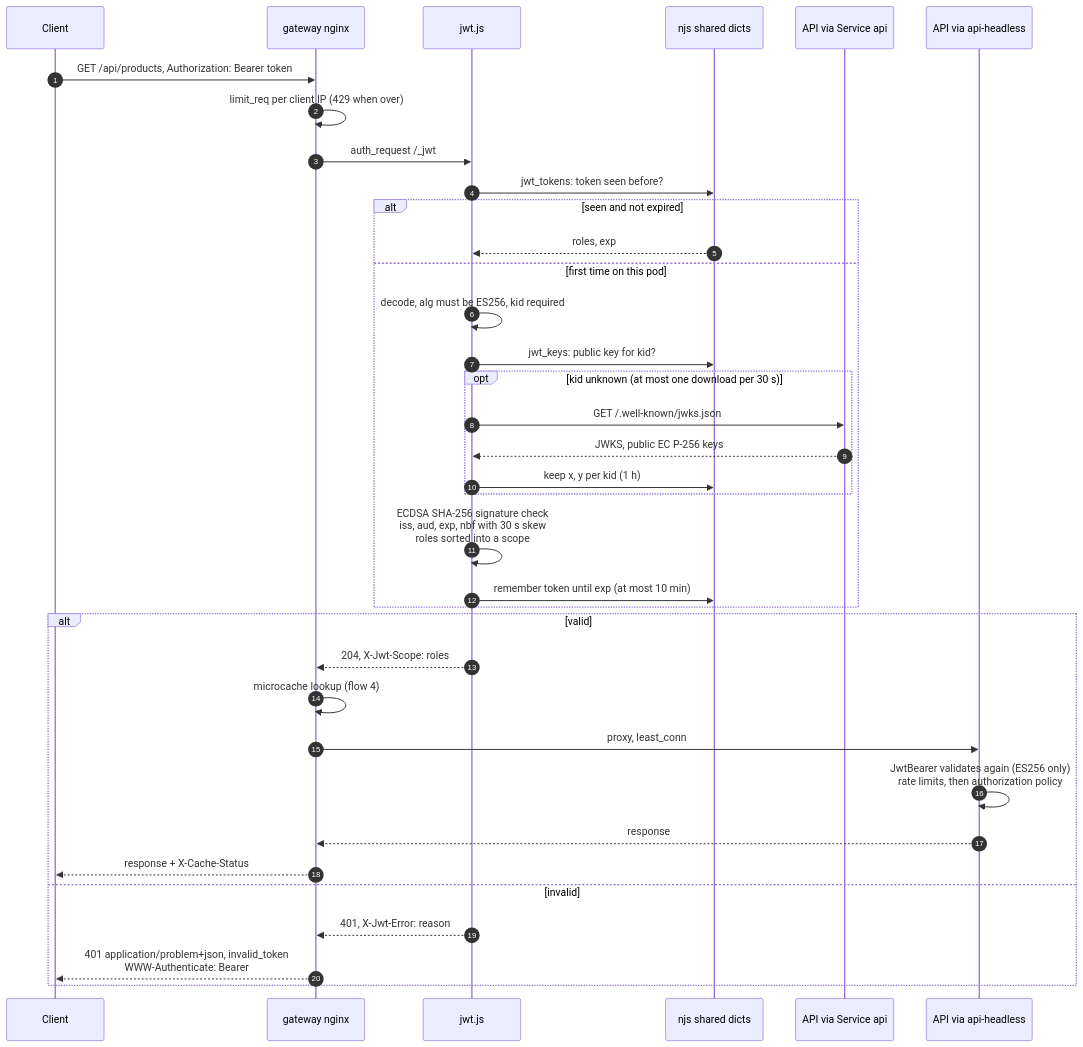
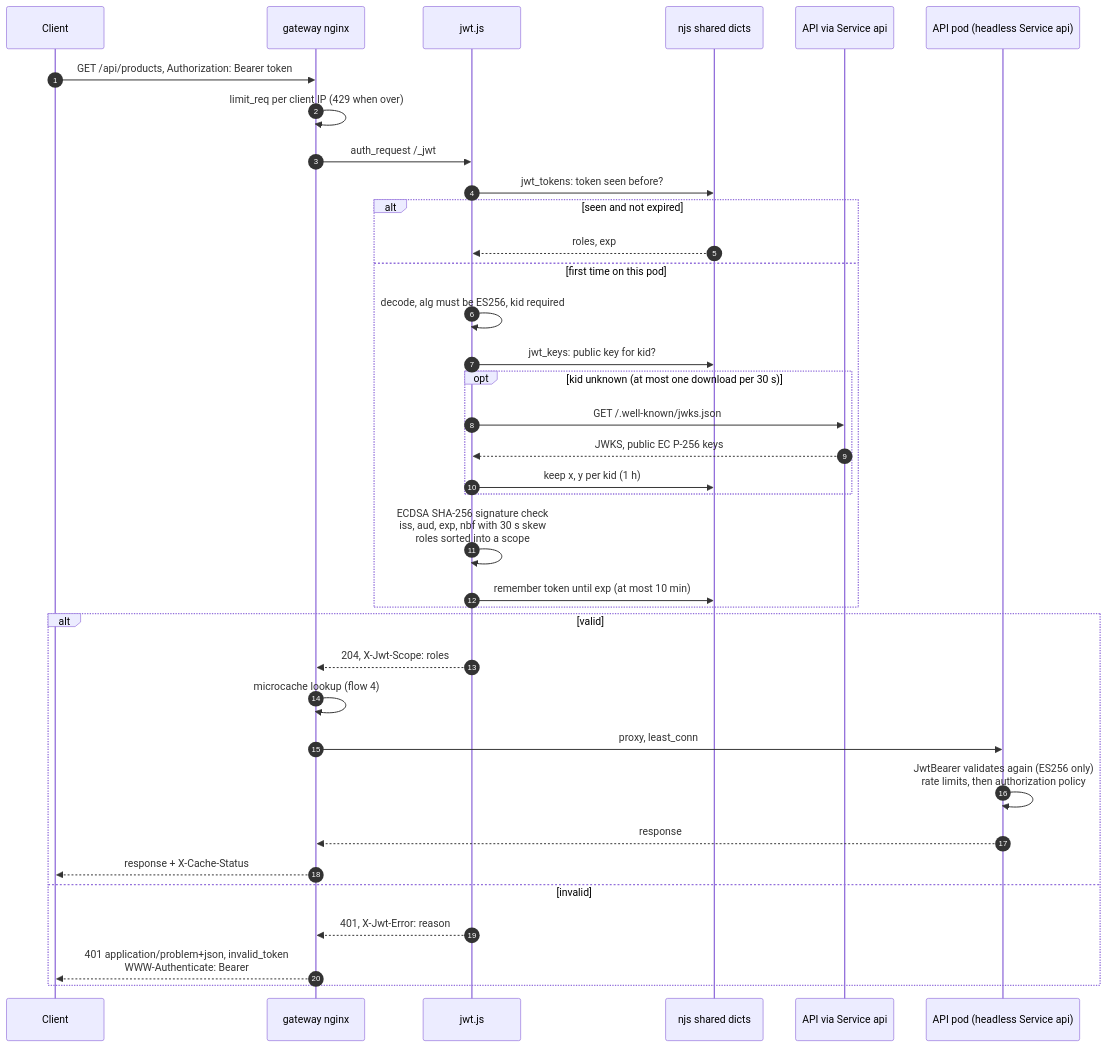
Before and after one commit to RubenCipriano/zeiss-product-management: the sixth of 19 diagrams in docs/flows.md, drawn with Mermaid. The commit also changed other lines of this file and 50 other files, not shown here.

````diff
--- a/docs/flows.md
+++ b/docs/flows.md
@@ -247,39 +248,39 @@
 ```mermaid
 sequenceDiagram
     autonumber
     participant C as Client
     participant N as gateway nginx
     participant J as jwt.js
     participant D as njs shared dicts
     participant S as API via Service api
-    participant A as API via api-headless
+    participant A as API pod (headless Service api)
 
     C->>N: GET /api/products, Authorization: Bearer token
     N->>N: limit_req per client IP (429 when over)
     N->>J: auth_request /_jwt
     J->>D: jwt_tokens: token seen before?
     alt seen and not expired
         D-->>J: roles, exp
     else first time on this pod
         J->>J: decode, alg must be ES256, kid required
         J->>D: jwt_keys: public key for kid?
         opt kid unknown (at most one download per 30 s)
             J->>S: GET /.well-known/jwks.json
             S-->>J: JWKS, public EC P-256 keys
             J->>D: keep x, y per kid (1 h)
         end
         J->>J: ECDSA SHA-256 signature check<br/>iss, aud, exp, nbf with 30 s skew<br/>roles sorted into a scope
         J->>D: remember token until exp (at most 10 min)
     end
     alt valid
         J-->>N: 204, X-Jwt-Scope: roles
         N->>N: microcache lookup (flow 4)
         N->>A: proxy, least_conn
         A->>A: JwtBearer validates again (ES256 only)<br/>rate limits, then authorization policy
         A-->>N: response
         N-->>C: response + X-Cache-Status
     else invalid
         J-->>N: 401, X-Jwt-Error: reason
         N-->>C: 401 application/problem+json, invalid_token<br/>WWW-Authenticate: Bearer
     end
 ```
````
